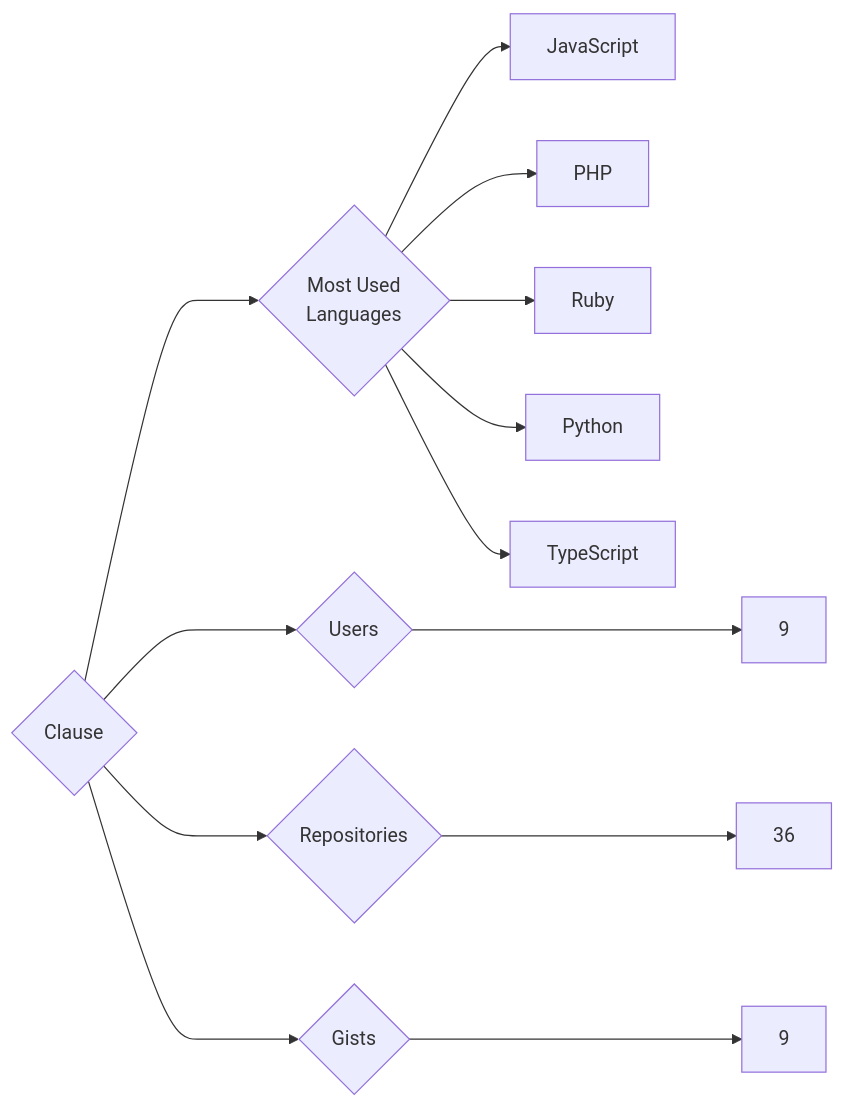
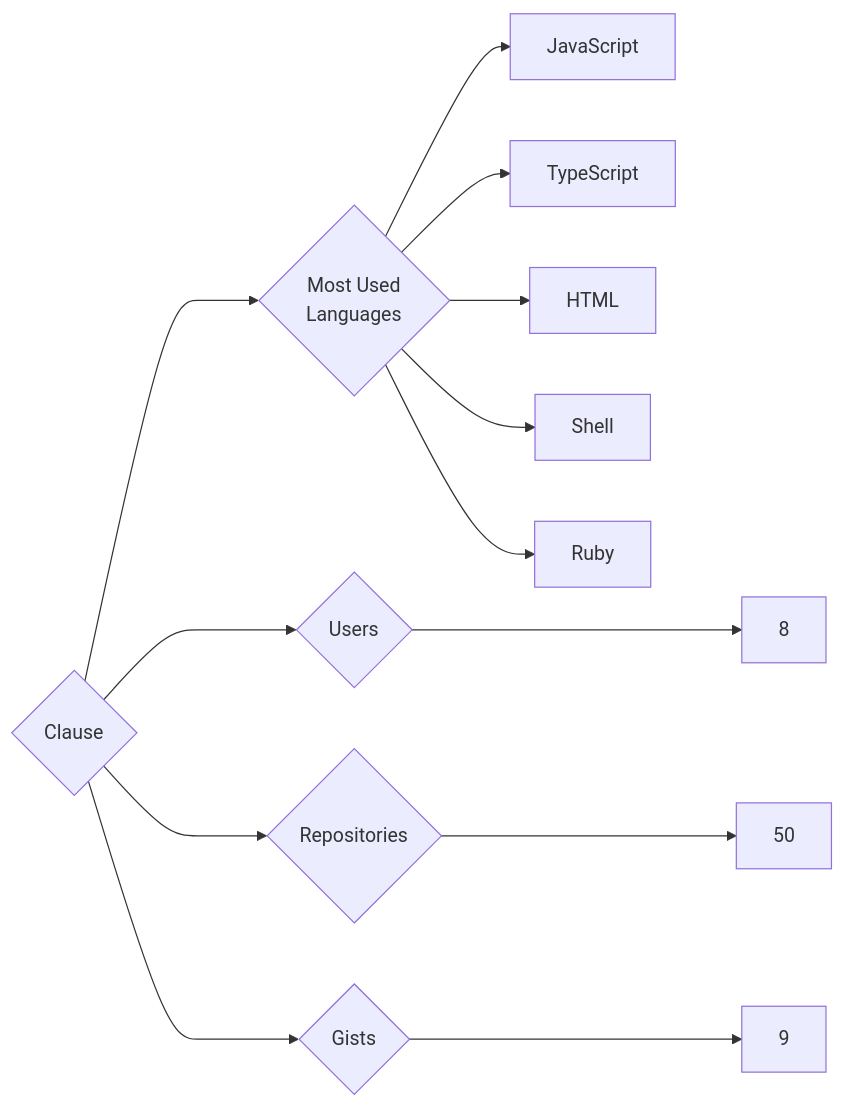
The diagram in targets/Clause/README.md (trickest/insiders), drawn with Mermaid before and after one commit. The commit also changed 772 other files, not shown here.

````diff
--- a/targets/Clause/README.md
+++ b/targets/Clause/README.md
@@ -3,13 +3,13 @@
 ```mermaid
 graph LR
 COMPANY_NAME{Clause}
-COMPANY_NAME ---> U{Users} ---> UN[9]
-COMPANY_NAME ---> R{Repositories} ---> RN[36]
+COMPANY_NAME ---> U{Users} ---> UN[8]
+COMPANY_NAME ---> R{Repositories} ---> RN[50]
 COMPANY_NAME ---> G{Gists} ---> GN[9]
 COMPANY_NAME ---> ML{Most Used<br>Languages}
 ML --> JavaScript[JavaScript]
-ML --> PHP[PHP]
+ML --> TypeScript[TypeScript]
+ML --> HTML[HTML]
+ML --> Shell[Shell]
 ML --> Ruby[Ruby]
-ML --> Python[Python]
-ML --> TypeScript[TypeScript]
 ```
````
